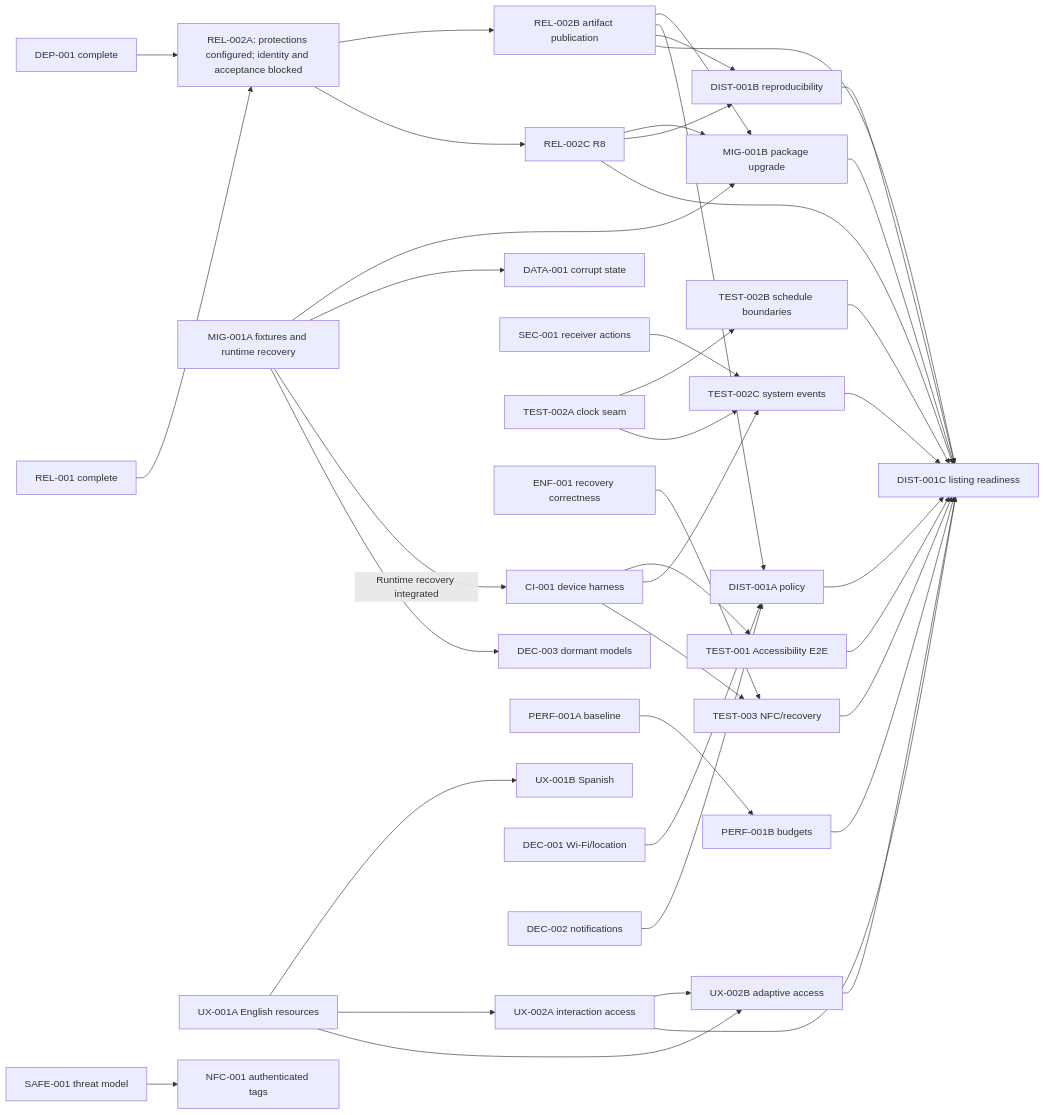
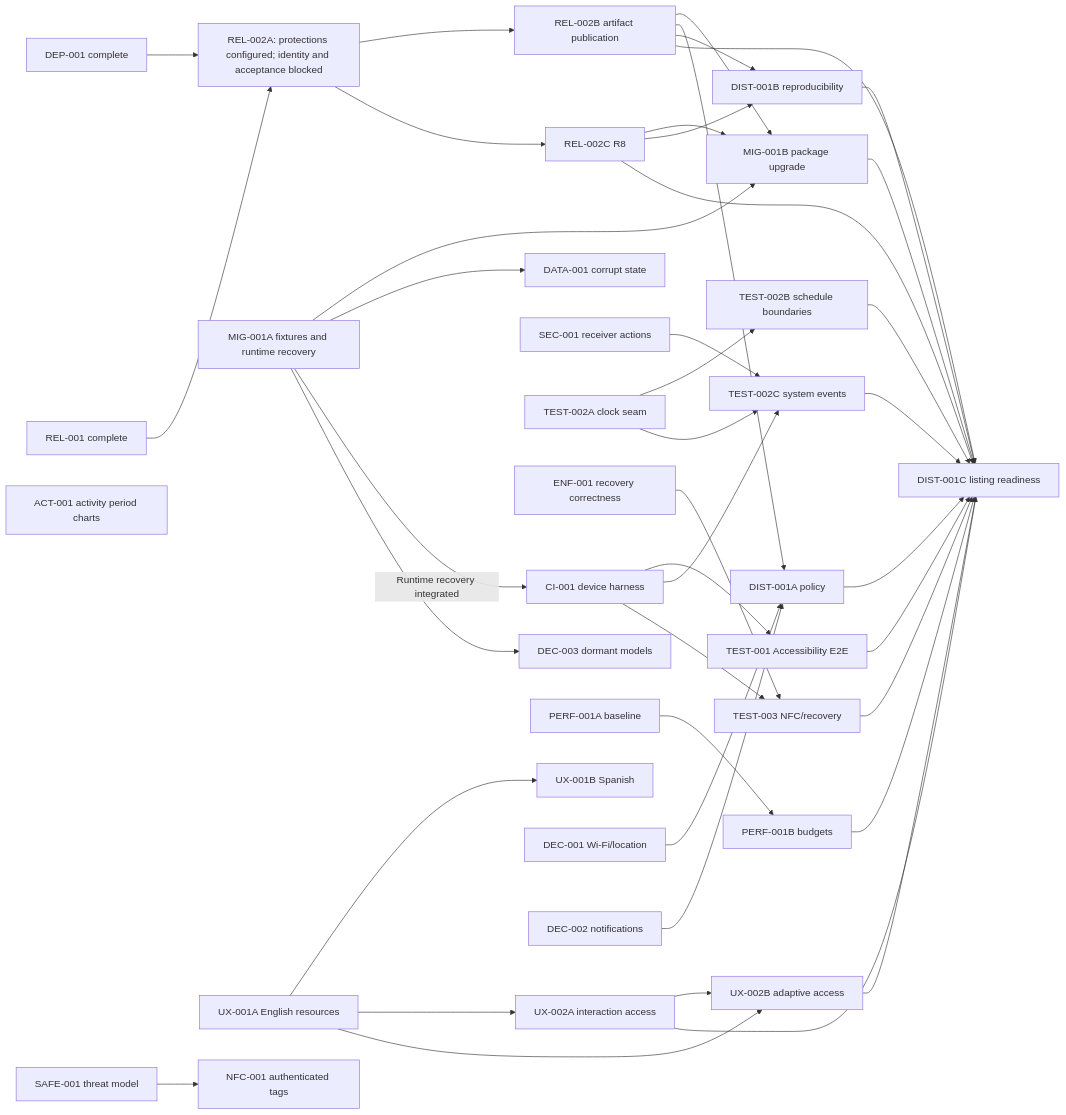
Before and after one commit to mcasillas17/WebSnag: the diagram in docs/ROADMAP.md, drawn with Mermaid. The commit also changed other lines of this file and 18 other files, not shown here.

````diff
--- a/docs/ROADMAP.md
+++ b/docs/ROADMAP.md
@@ -201,48 +202,49 @@
 ```mermaid
 flowchart LR
     DEP001["DEP-001 complete"] --> REL002A["REL-002A: protections configured; identity and acceptance blocked"]
     REL001["REL-001 complete"] --> REL002A
     REL002A --> REL002B["REL-002B artifact publication"]
     REL002A --> REL002C["REL-002C R8"]
     REL002B --> MIG001B["MIG-001B package upgrade"]
     REL002C --> MIG001B
     MIG001A["MIG-001A fixtures and runtime recovery"] --> MIG001B
     MIG001A --> DATA001["DATA-001 corrupt state"]
 
     CI001["CI-001 device harness"] --> TEST001["TEST-001 Accessibility E2E"]
     MIG001A -->|"Runtime recovery integrated"| CI001
     CI001 --> TEST002C["TEST-002C system events"]
     CI001 --> TEST003["TEST-003 NFC/recovery"]
     SEC001["SEC-001 receiver actions"] --> TEST002C
     TEST002A["TEST-002A clock seam"] --> TEST002B["TEST-002B schedule boundaries"]
     TEST002A --> TEST002C
     ENF001["ENF-001 recovery correctness"] --> TEST003
 
     UX001A["UX-001A English resources"] --> UX001B["UX-001B Spanish"]
     UX001A --> UX002A["UX-002A interaction access"]
     UX001A --> UX002B["UX-002B adaptive access"]
     UX002A --> UX002B
     PERF001A["PERF-001A baseline"] --> PERF001B["PERF-001B budgets"]
+    ACT001["ACT-001 activity period charts"]
     MIG001A --> DEC003["DEC-003 dormant models"]
 
     DEC001["DEC-001 Wi-Fi/location"] --> DIST001A["DIST-001A policy"]
     DEC002["DEC-002 notifications"] --> DIST001A
     REL002B --> DIST001A
     REL002B --> DIST001B["DIST-001B reproducibility"]
     REL002C --> DIST001B
 
     REL002B --> DIST001C["DIST-001C listing readiness"]
     REL002C --> DIST001C
     MIG001B --> DIST001C
     TEST001 --> DIST001C
     TEST002B --> DIST001C
     TEST002C --> DIST001C
     TEST003 --> DIST001C
     UX002A --> DIST001C
     UX002B --> DIST001C
     PERF001B --> DIST001C
     DIST001A --> DIST001C
     DIST001B --> DIST001C
 
     SAFE001["SAFE-001 threat model"] --> NFC001["NFC-001 authenticated tags"]
 ```
````
